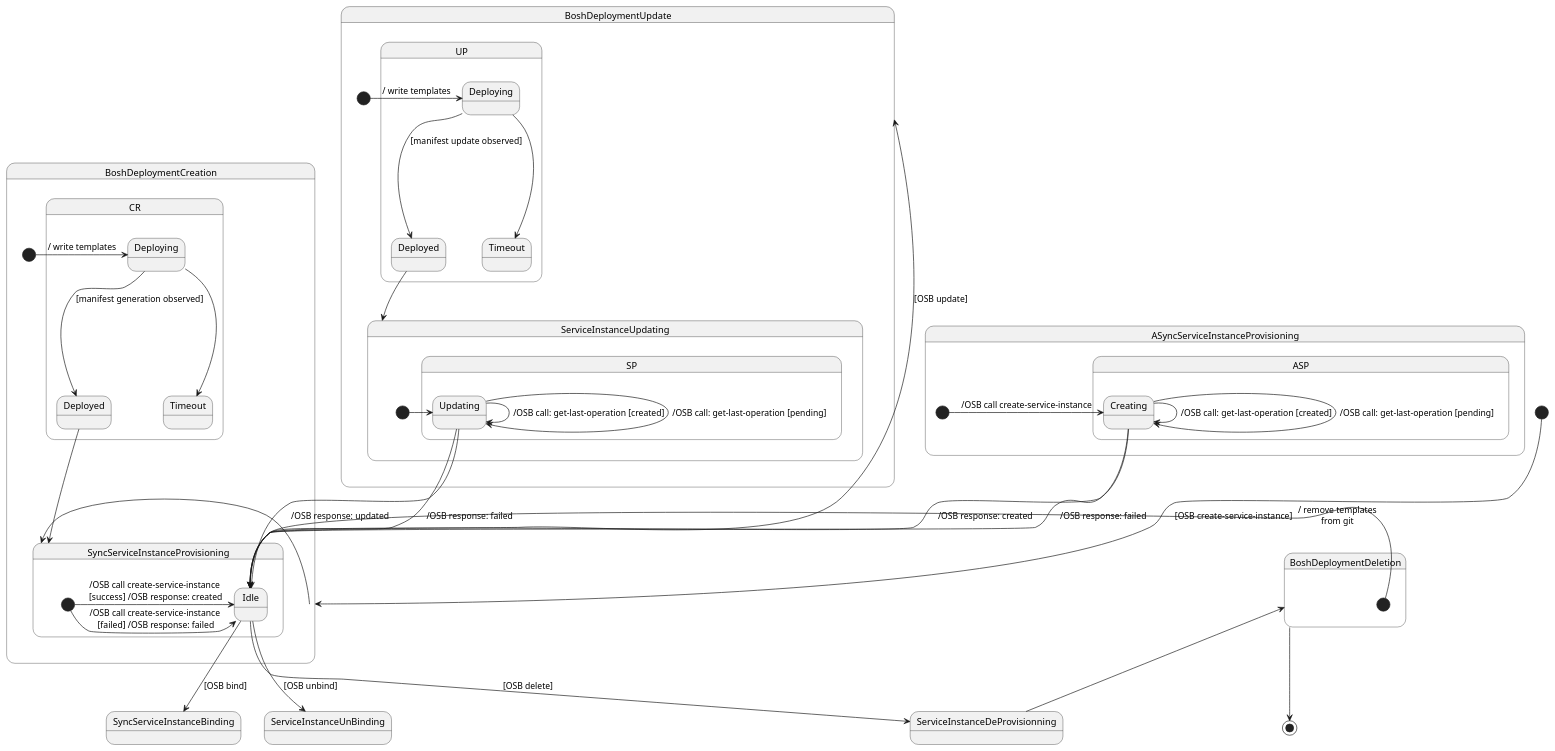
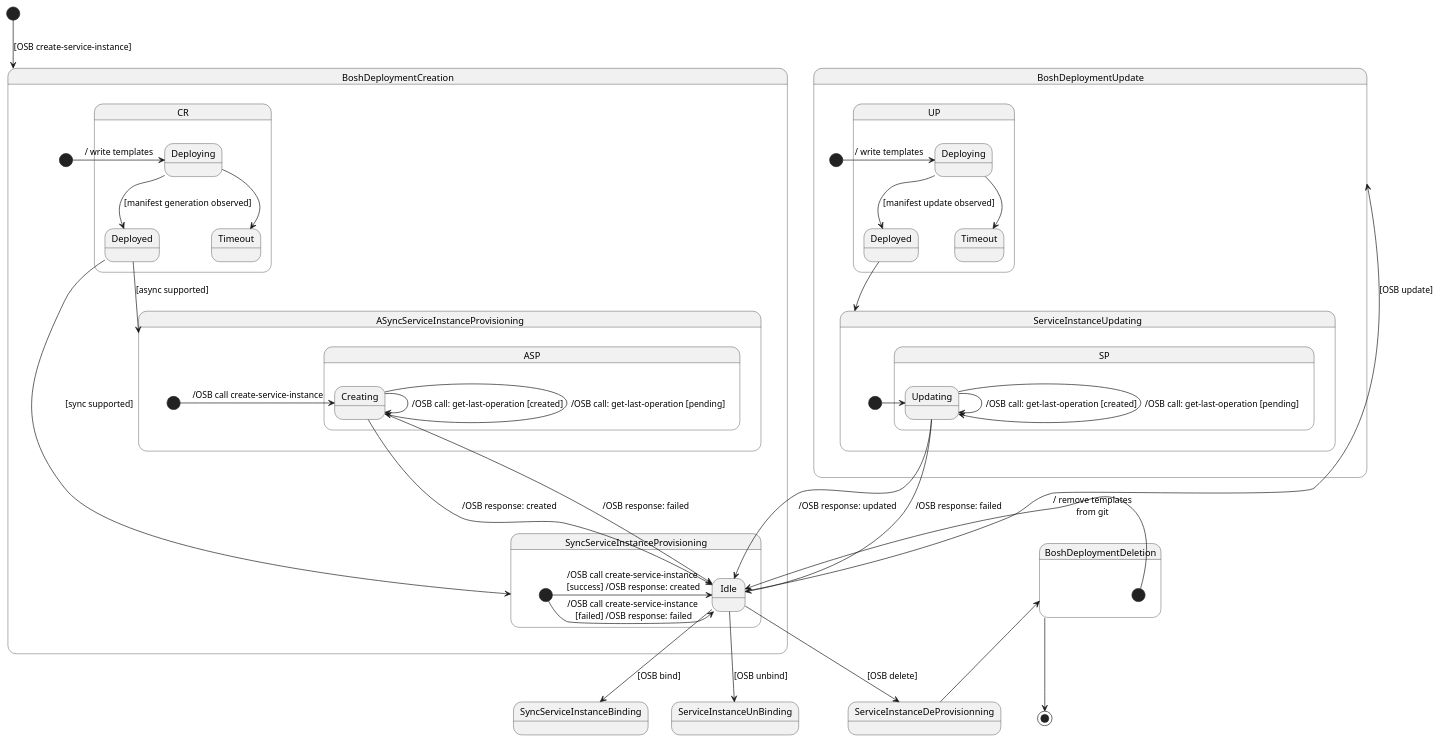
Before and after one commit to orange-cloudfoundry/cf-ops-automation-broker: the diagram in docs/cassandra.puml, drawn with PlantUML. The commit also changed 2 other files, not shown here.

Commit message:
Updated state diagrams

```diff
--- a/docs/cassandra.puml
+++ b/docs/cassandra.puml
@@ -1,55 +1,55 @@
 @startuml
 
 [*] --> BoshDeploymentCreation: [OSB create-service-instance] 
 
 state BoshDeploymentCreation {
     [*] -> CR.Deploying : / write templates
     CR.Deploying -down-> CR.Deployed: [manifest generation observed] 
-    CR.Deployed -down-> SyncServiceInstanceProvisioning  
+    CR.Deployed -down-> SyncServiceInstanceProvisioning: [sync supported]
+    CR.Deployed -down-> ASyncServiceInstanceProvisioning: [async supported]
     CR.Deploying -down-> CR.Timeout
 }
 
-BoshDeploymentCreation -> SyncServiceInstanceProvisioning
 state SyncServiceInstanceProvisioning {
     [*] -> Idle: /OSB call create-service-instance\n [success] /OSB response: created
     [*] -> Idle: /OSB call create-service-instance\n [failed] /OSB response: failed
 }
 state ASyncServiceInstanceProvisioning {
     [*] -> ASP.Creating: /OSB call create-service-instance
     ASP.Creating -> ASP.Creating: /OSB call: get-last-operation [created]
     ASP.Creating -> ASP.Creating: /OSB call: get-last-operation [pending]
     ASP.Creating -down-> Idle: /OSB response: created
     ASP.Creating -down-> Idle: /OSB response: failed
 }
 
 state Idle {
 }
 
 Idle -down-> SyncServiceInstanceBinding: [OSB bind]
 
 Idle -down-> BoshDeploymentUpdate: [OSB update]
 state BoshDeploymentUpdate {
     [*] -> UP.Deploying : / write templates
     UP.Deploying -down-> UP.Deployed: [manifest update observed] 
     UP.Deployed -down-> ServiceInstanceUpdating  
     UP.Deploying -down-> UP.Timeout
 }
 
 state ServiceInstanceUpdating {
     [*] -> SP.Updating 
     SP.Updating -> SP.Updating: /OSB call: get-last-operation [created] 
     SP.Updating -> SP.Updating: /OSB call: get-last-operation [pending] 
     SP.Updating -down-> Idle: /OSB response: updated
     SP.Updating -down-> Idle: /OSB response: failed 
 }
 
 
 Idle -down-> ServiceInstanceUnBinding: [OSB unbind]
 Idle -down-> ServiceInstanceDeProvisionning: [OSB delete]
 ServiceInstanceDeProvisionning -down-> BoshDeploymentDeletion
 state BoshDeploymentDeletion {
     [*] -> Idle: / remove templates\nfrom git
 } 
 BoshDeploymentDeletion -down-> [*] 
 
 @enduml
```
